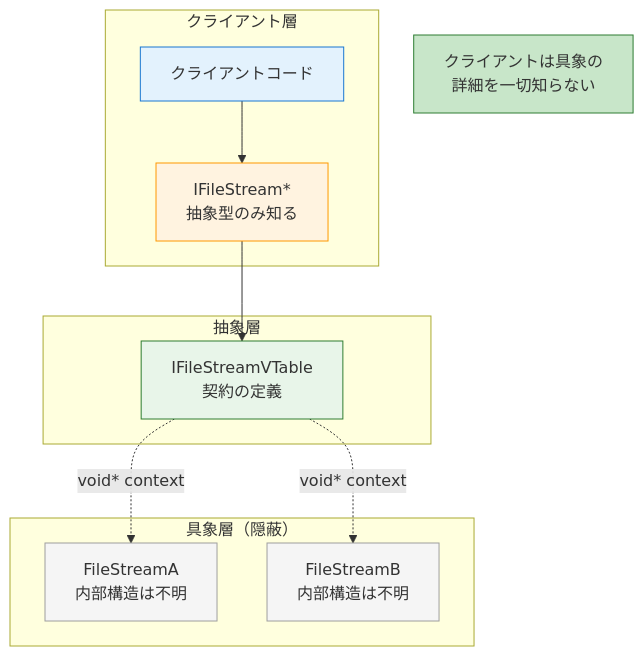
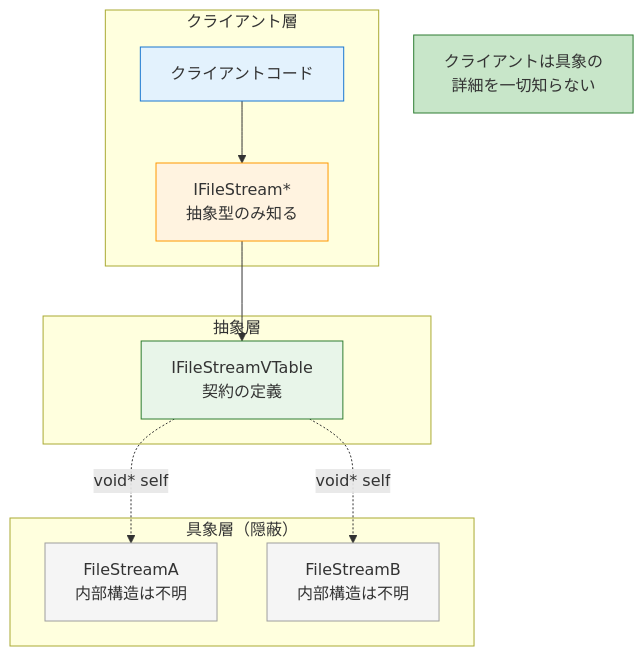
One commit to kumachan1101/BookProject changed the third of 6 diagrams in 02_章別/14_第2部 第10章 リスコフ置換原則 (LSP) 多態性の安全性と契約の保証_01.md. Above: the diagram before and after it, drawn with Mermaid. The commit also changed other lines of this file and 73 other files, not shown here.

````diff
--- a/02_章別/14_第2部 第10章 リスコフ置換原則 (LSP) 多態性の安全性と契約の保証_01.md
+++ b/02_章別/14_第2部 第10章 リスコフ置換原則 (LSP) 多態性の安全性と契約の保証_01.md
@@ -291,25 +295,25 @@
 ```mermaid
 graph TB
     subgraph "クライアント層"
         Client[クライアントコード]
         Abstract[IFileStream*<br/>抽象型のみ知る]
     end
     subgraph "抽象層"
         VTable[IFileStreamVTable<br/>契約の定義]
     end
     subgraph "具象層（隠蔽）"
         ConcreteA[FileStreamA<br/>内部構造は不明]
         ConcreteB[FileStreamB<br/>内部構造は不明]
     end
     Client --> Abstract
     Abstract --> VTable
-    VTable -.->|"void* context"| ConcreteA
-    VTable -.->|"void* context"| ConcreteB
+    VTable -.->|"void* self"| ConcreteA
+    VTable -.->|"void* self"| ConcreteB
     style Client fill:#e3f2fd,stroke:#1976d2
     style Abstract fill:#fff3e0,stroke:#ff9800
     style VTable fill:#e8f5e9,stroke:#2e7d32
     style ConcreteA fill:#f5f5f5,stroke:#9e9e9e
     style ConcreteB fill:#f5f5f5,stroke:#9e9e9e
     Note[クライアントは具象の<br/>詳細を一切知らない]
     style Note fill:#c8e6c9,stroke:#2e7d32
 ```
````
